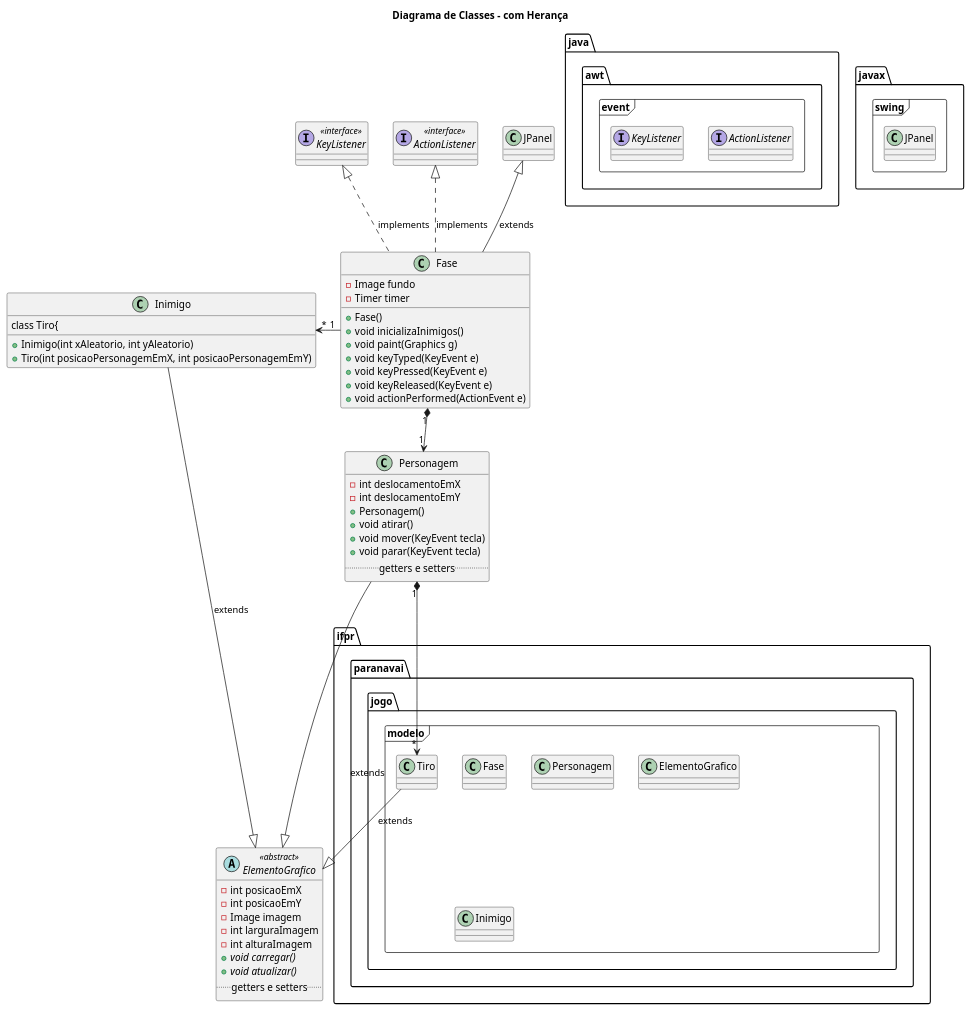
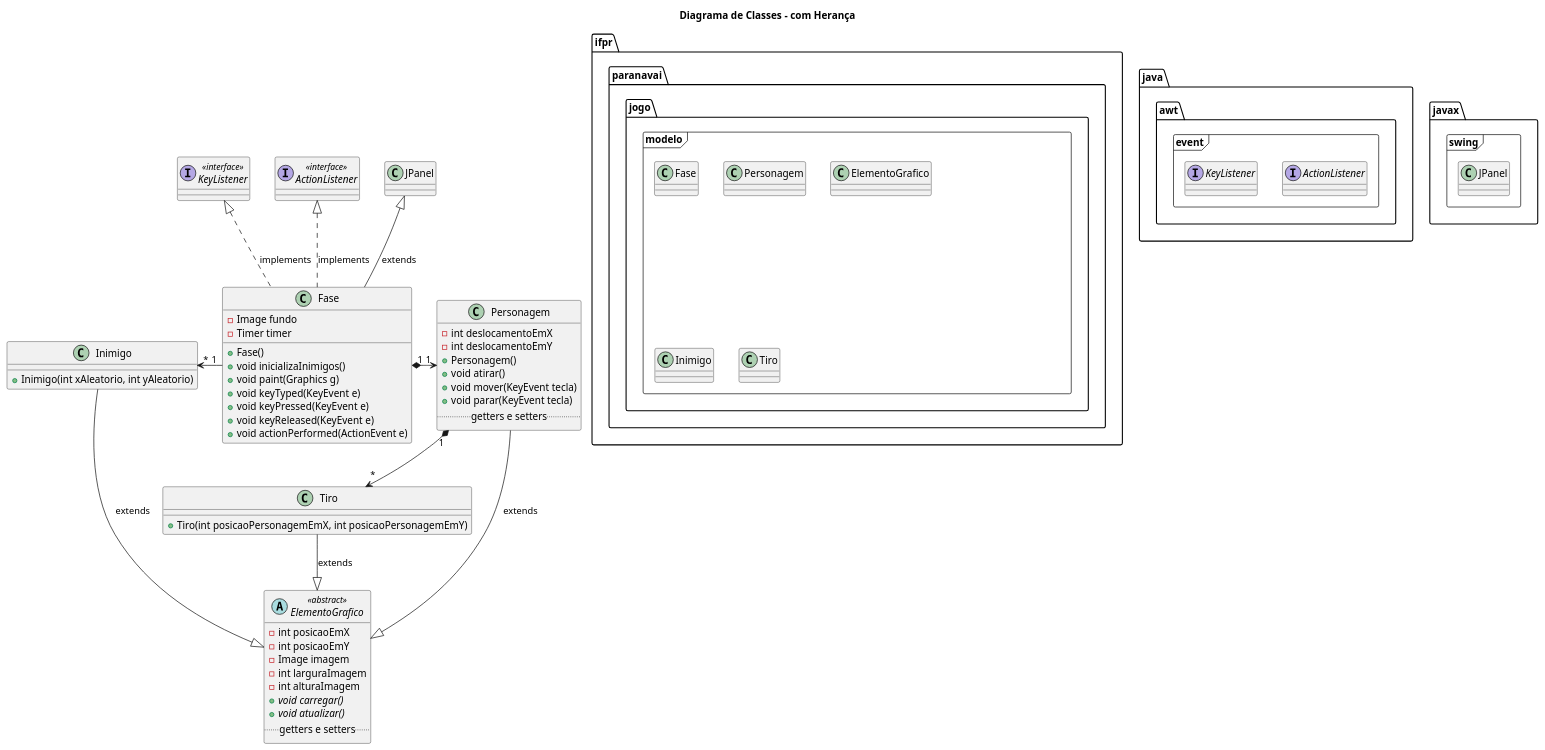
One commit to terenciani/jogo-2d-ifpr-2023 changed the diagram in uml/diagrama-classe.puml. Above: the diagram before and after it, drawn with PlantUML.

Commit message:
Capitulo 16 - Adição da classe abstrata

```diff
--- a/uml/diagrama-classe.puml
+++ b/uml/diagrama-classe.puml
@@ -1,84 +1,84 @@
 @startuml
 
 title Diagrama de Classes - com Herança
 
 package ifpr.paranavai.jogo.modelo <<Frame>> {
     class Fase
     class Personagem
     class Inimigo
     class Tiro
     class ElementoGrafico
     note right of ElementoGrafico::carregar
         Itálico indica que
         o método é abstrato
     end note
 }
 
 package java.awt.event <<Frame>> {
     interface ActionListener
     interface KeyListener
 }
 
 
 package javax.swing <<Frame>> {
   class JPanel
 }
 
 abstract class ElementoGrafico <<abstract>> {
     -int posicaoEmX
     -int posicaoEmY
     -Image imagem
     -int larguraImagem
     -int alturaImagem    
     +{abstract} void carregar()
     +{abstract} void atualizar()
     .. getters e setters ..
 }
 
 class Fase {
     -Image fundo
     -Timer timer
     +Fase()
     +void inicializaInimigos()
     +void paint(Graphics g)
     +void keyTyped(KeyEvent e)
     +void keyPressed(KeyEvent e)
     +void keyReleased(KeyEvent e)
     +void actionPerformed(ActionEvent e)
 }
 
 class Personagem{
     -int deslocamentoEmX
     -int deslocamentoEmY
     +Personagem()
     +void atirar()
     +void mover(KeyEvent tecla)
     +void parar(KeyEvent tecla)
     .. getters e setters ..
 }
 
 class Inimigo{
     +Inimigo(int xAleatorio, int yAleatorio)
-
+}
 class Tiro{
     +Tiro(int posicaoPersonagemEmX, int posicaoPersonagemEmY)
 }
 
 class JPanel
 interface ActionListener <<interface>>
 interface KeyListener <<interface>>
 
 Fase -up-|> JPanel: extends
 Fase -up.|> ActionListener: implements
 Fase -up.|> KeyListener: implements
 
-Fase "1" *-down-> "1" Personagem
+Fase "1" *-right-> "1" Personagem
 Inimigo "*" <-right- "1" Fase
 
 Personagem "1" *--> "*" Tiro
 Personagem --|> ElementoGrafico: extends
 
 Tiro --|> ElementoGrafico: extends
 
 Inimigo --|> ElementoGrafico: extends
 @enduml
```
